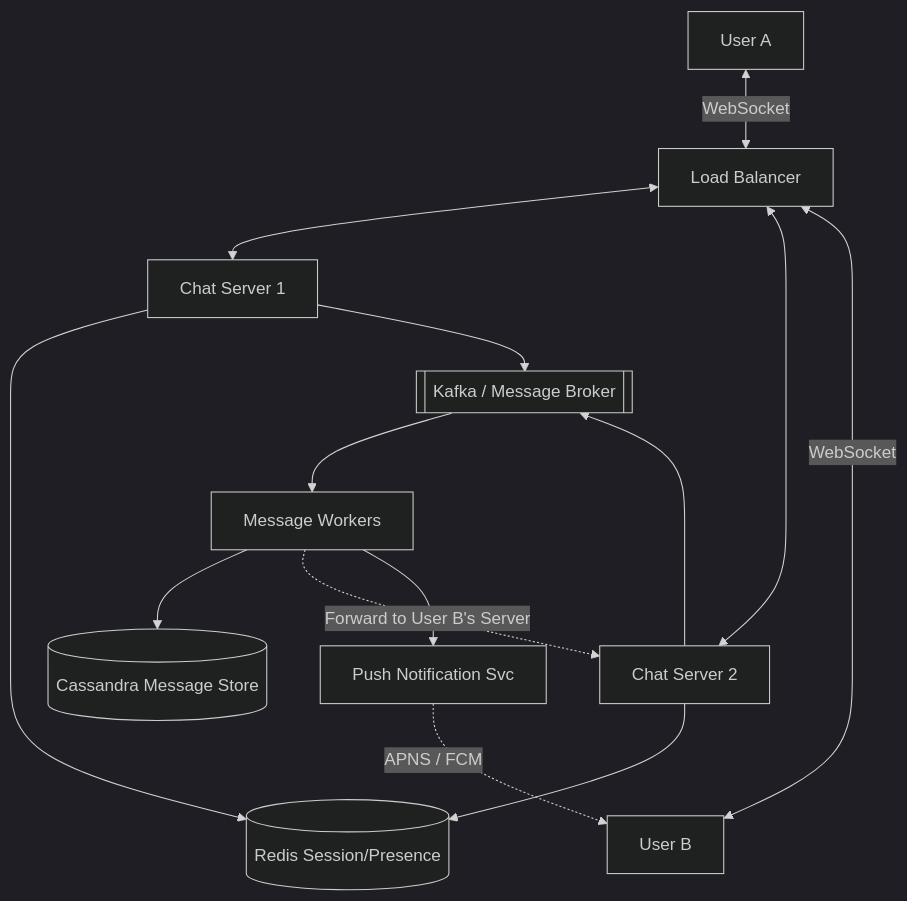
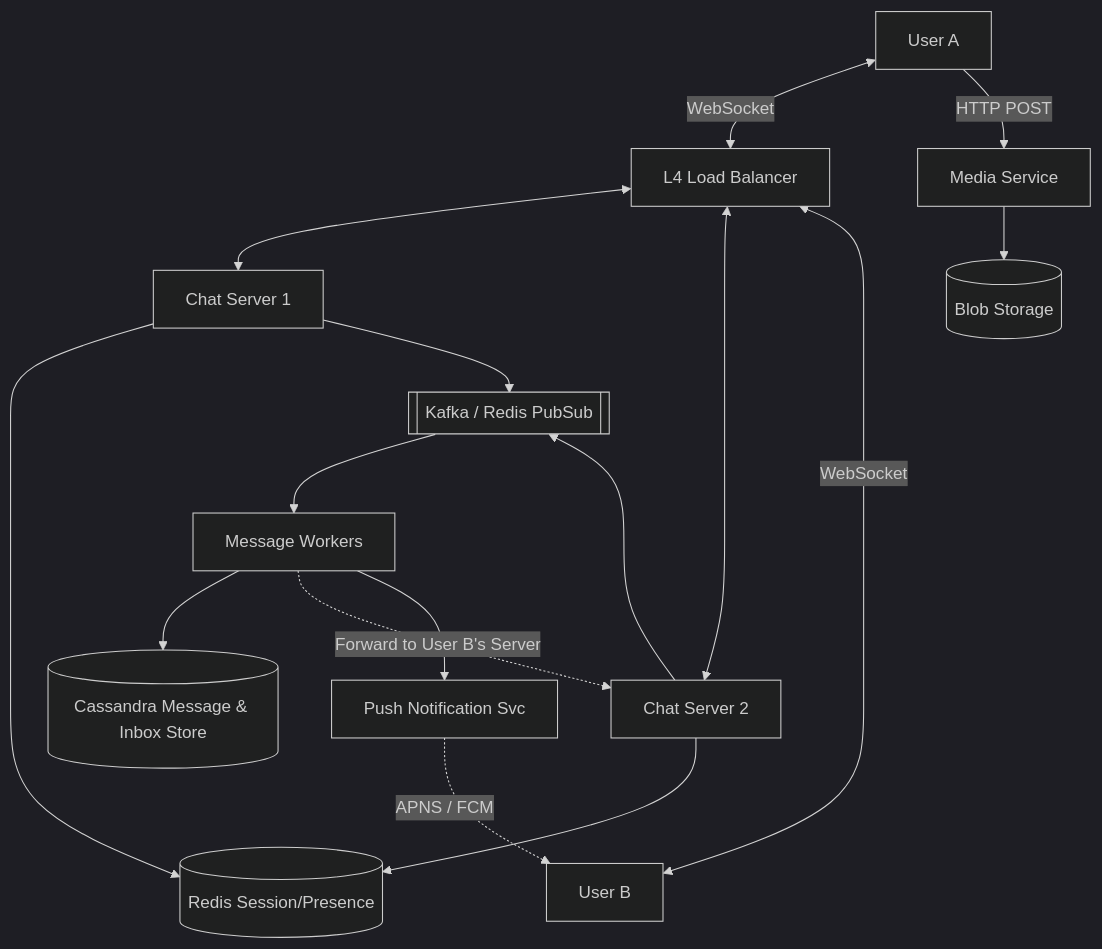
Before and after one commit to Ankur-glitchtracer/docs: the diagram in system_design_hld/architectures/social_media/WHATSAPP.md, drawn with Mermaid (dark theme). The commit also changed other lines of this file and 35 other files, not shown here.

````diff
--- a/system_design_hld/architectures/social_media/WHATSAPP.md
+++ b/system_design_hld/architectures/social_media/WHATSAPP.md
@@ -73,22 +83,25 @@
 ```mermaid
 graph TD
-    UserA[User A] <-->|WebSocket| LB[Load Balancer]
+    UserA[User A] <-->|WebSocket| LB[L4 Load Balancer]
     UserB[User B] <-->|WebSocket| LB
     
     LB <--> ChatSvc1[Chat Server 1]
     LB <--> ChatSvc2[Chat Server 2]
     
     ChatSvc1 --> SessionDB[(Redis Session/Presence)]
     ChatSvc2 --> SessionDB
     
-    ChatSvc1 --> MQ[[Kafka / Message Broker]]
+    ChatSvc1 --> MQ[[Kafka / Redis PubSub]]
     ChatSvc2 --> MQ
     
     MQ --> MessageWorker[Message Workers]
     
-    MessageWorker --> DB[(Cassandra Message Store)]
+    MessageWorker --> DB[(Cassandra Message & Inbox Store)]
     MessageWorker -.->|Forward to User B's Server| ChatSvc2
     
     MessageWorker --> PushSvc[Push Notification Svc]
     PushSvc -.->|APNS / FCM| UserB
+    
+    UserA -->|HTTP POST| MediaSvc[Media Service]
+    MediaSvc --> S3[(Blob Storage)]
 ```
````
